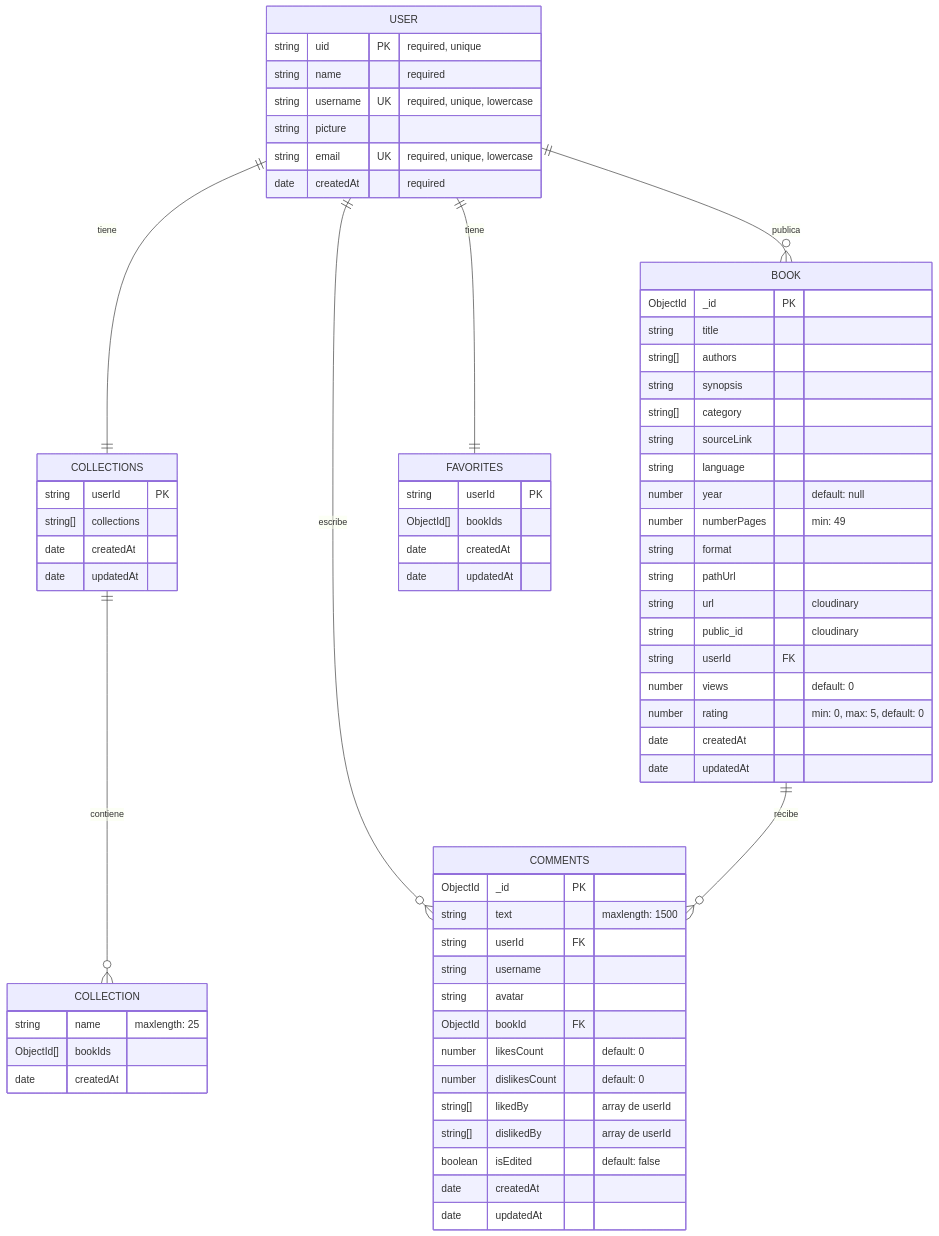
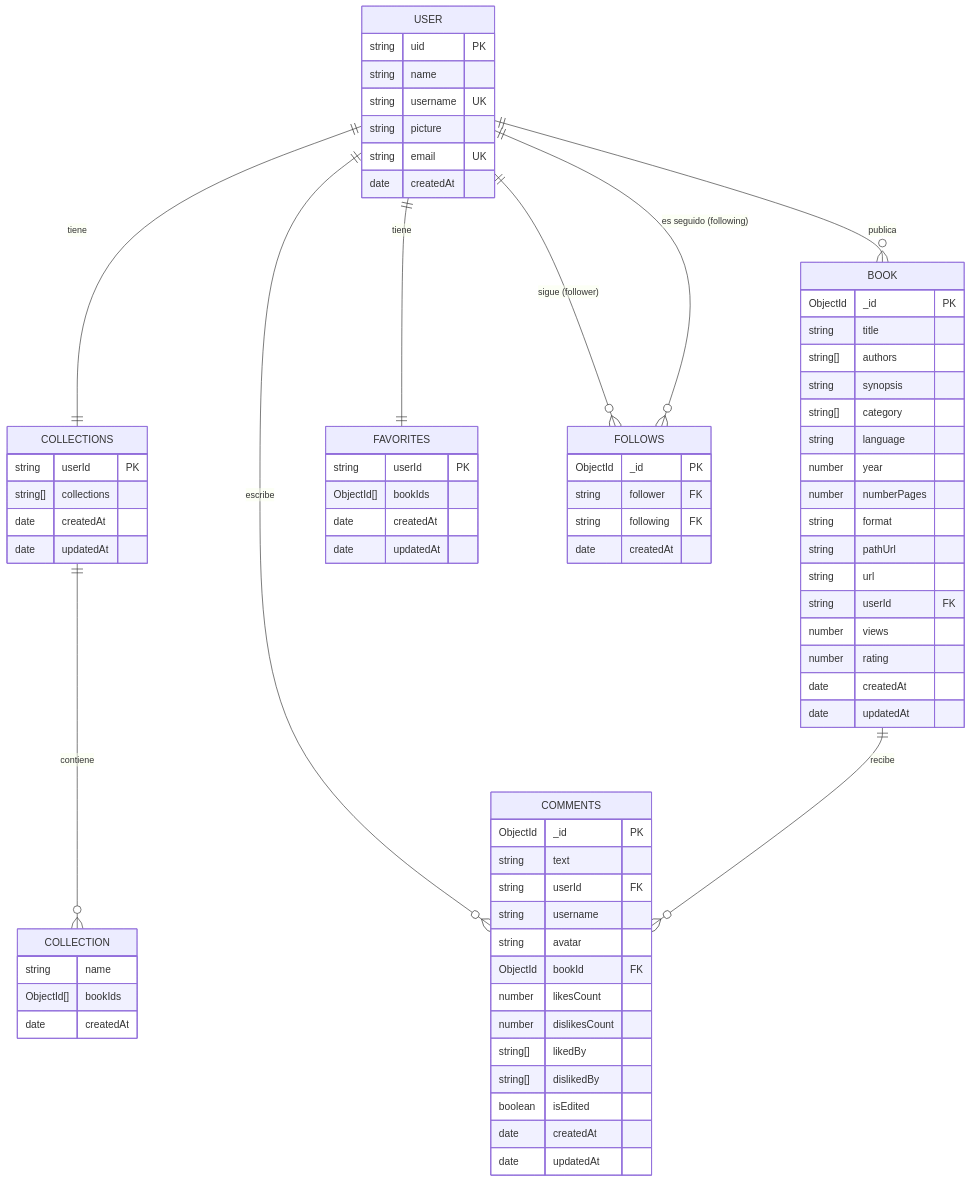
One commit to Franqsanz/xbu-api changed the diagram in README.md. Above: the diagram before and after it, drawn with Mermaid. The commit also changed other lines of this file and 9 other files, not shown here.

````diff
--- a/README.md
+++ b/README.md
@@ -22,69 +23,75 @@
 ```mermaid
 erDiagram
     USER ||--|| COLLECTIONS : tiene
     USER ||--o{ BOOK : publica
     USER ||--|| FAVORITES : tiene
     USER ||--o{ COMMENTS : escribe
+    USER ||--o{ FOLLOWS : "sigue (follower)"
+    USER ||--o{ FOLLOWS : "es seguido (following)"
     USER {
-        string uid PK "required, unique"
-        string name "required"
-        string username UK "required, unique, lowercase"
+        string uid PK
+        string name
+        string username UK
         string picture
-        string email UK "required, unique, lowercase"
-        date createdAt "required"
+        string email UK
+        date createdAt
+    }
+    FOLLOWS {
+        ObjectId _id PK
+        string follower FK
+        string following FK
+        date createdAt
     }
     BOOK ||--o{ COMMENTS : recibe
     BOOK {
         ObjectId _id PK
         string title
         string[] authors
         string synopsis
         string[] category
-        string sourceLink
         string language
-        number year "default: null"
-        number numberPages "min: 49"
+        number year
+        number numberPages
         string format
         string pathUrl
-        string url "cloudinary"
-        string public_id "cloudinary"
+        string url
         string userId FK
-        number views "default: 0"
-        number rating "min: 0, max: 5, default: 0"
+        number views
+        number rating
         date createdAt
         date updatedAt
     }
     COLLECTIONS {
         string userId PK
         string[] collections
         date createdAt
         date updatedAt
     }
     COLLECTION {
-        string name "maxlength: 25"
+        string name
         ObjectId[] bookIds
         date createdAt
     }
     COLLECTIONS ||--o{ COLLECTION : contiene
     FAVORITES {
         string userId PK
         ObjectId[] bookIds
         date createdAt
         date updatedAt
     }
     COMMENTS {
         ObjectId _id PK
-        string text "maxlength: 1500"
+        string text
         string userId FK
         string username
         string avatar
         ObjectId bookId FK
-        number likesCount "default: 0"
-        number dislikesCount "default: 0"
-        string[] likedBy "array de userId"
-        string[] dislikedBy "array de userId"
-        boolean isEdited "default: false"
+        number likesCount
+        number dislikesCount
+        string[] likedBy
+        string[] dislikedBy
+        boolean isEdited
         date createdAt
         date updatedAt
     }
 ```
````
